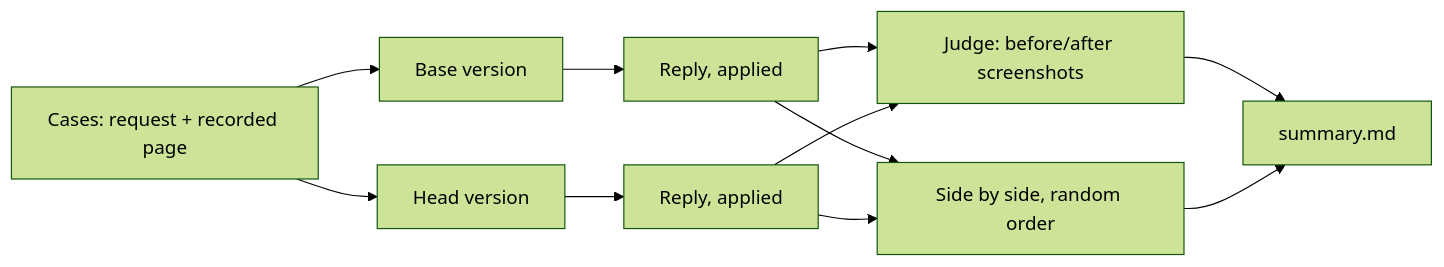
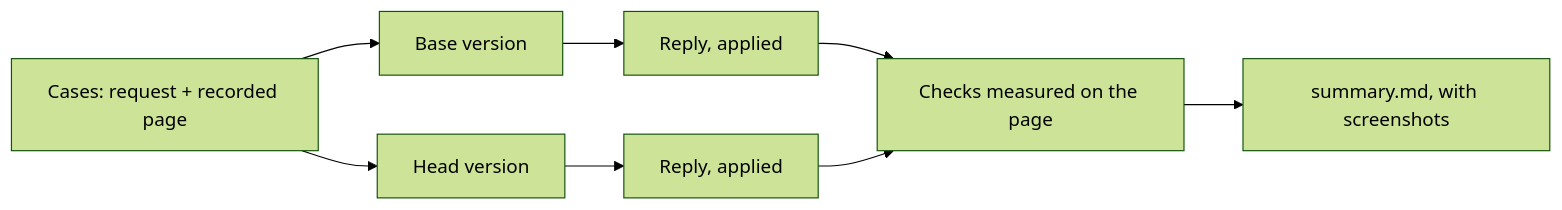
The second of 2 diagrams in docs/chat.md (ankit/stylebot), drawn with Mermaid (forest theme) before and after one commit. The commit also changed other lines of this file and 12 other files, not shown here.

First line of the commit message:
feat(evals): measure Chat's results on the page instead of judging screenshots

````diff
--- a/docs/chat.md
+++ b/docs/chat.md
@@ -160,13 +175,10 @@
 ```mermaid
 flowchart LR
     C[Cases: request + recorded page] --> B[Base version]
     C --> H[Head version]
     B --> R1[Reply, applied]
     H --> R2[Reply, applied]
-    R1 --> J[Judge: before/after screenshots]
-    R2 --> J
-    R1 --> S[Side by side, random order]
-    R2 --> S
-    J --> T[summary.md]
-    S --> T
+    R1 --> M[Checks measured on the page]
+    R2 --> M
+    M --> T[summary.md, with screenshots]
 ```
````
